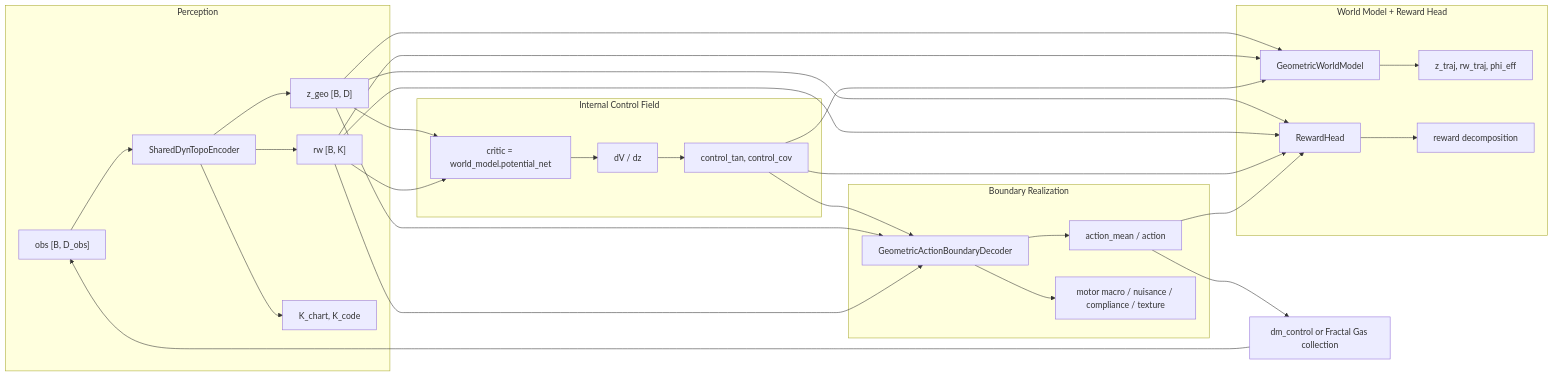
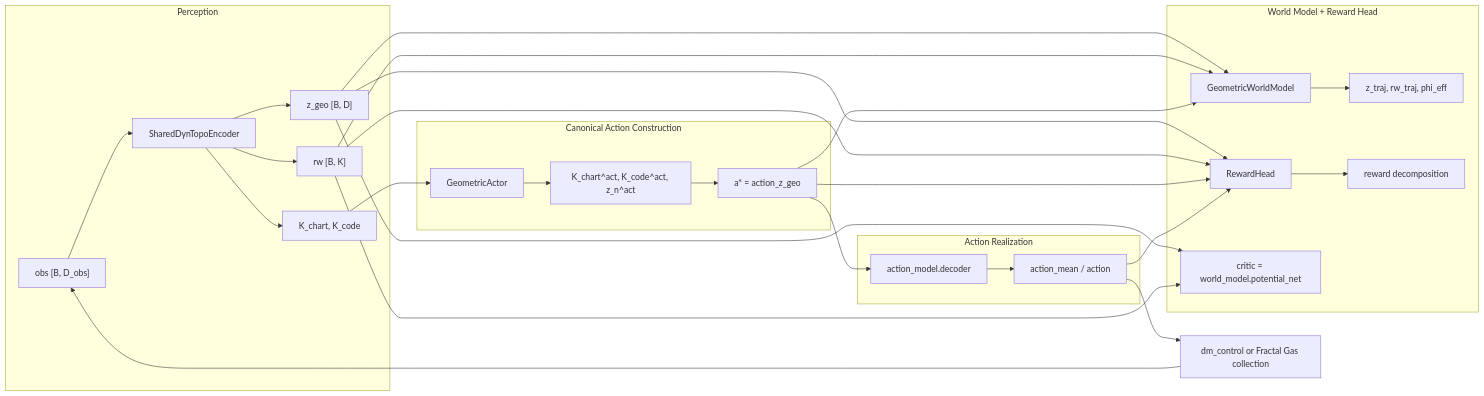
Before and after one commit to FragileTech/fragile: the diagram in docs/source/1_agent/11_implementation/03_dreamer.md, drawn with Mermaid. The commit also changed other lines of this file and 10 other files, not shown here.

First line of the commit message:
Align Dreamer with canonical action theory

````diff
--- a/docs/source/1_agent/11_implementation/03_dreamer.md
+++ b/docs/source/1_agent/11_implementation/03_dreamer.md
@@ -62,39 +63,37 @@
 ```{mermaid}
 flowchart LR
     subgraph Perception["Perception"]
         OBS["obs [B, D_obs]"] --> ENC["SharedDynTopoEncoder"]
         ENC --> Z["z_geo [B, D]"]
         ENC --> RW["rw [B, K]"]
         ENC --> K["K_chart, K_code"]
     end
 
-    subgraph Control["Internal Control Field"]
-        Z --> CRIT["critic = world_model.potential_net"]
-        RW --> CRIT
-        CRIT --> GRAD["dV / dz"]
-        GRAD --> CT["control_tan, control_cov"]
+    subgraph Action["Canonical Action Construction"]
+        K --> ACTOR["GeometricActor"]
+        ACTOR --> ASTRUCT["K_chart^act, K_code^act, z_n^act"]
+        ASTRUCT --> ACAN["a* = action_z_geo"]
     end
 
-    subgraph Boundary["Boundary Realization"]
-        CT --> DEC["GeometricActionBoundaryDecoder"]
-        Z --> DEC
-        RW --> DEC
-        DEC --> ACT["action_mean / action"]
-        DEC --> MBOUND["motor macro / nuisance / compliance / texture"]
+    subgraph Boundary["Action Realization"]
+        ACAN --> ADEC["action_model.decoder"]
+        ADEC --> ACT["action_mean / action"]
     end
 
     subgraph Imagination["World Model + Reward Head"]
         Z --> WM["GeometricWorldModel"]
         RW --> WM
-        CT --> WM
+        ACAN --> WM
         Z --> RH["RewardHead"]
         RW --> RH
-        CT --> RH
+        ACAN --> RH
         ACT --> RH
+        Z --> CRIT["critic = world_model.potential_net"]
+        RW --> CRIT
         WM --> ZT["z_traj, rw_traj, phi_eff"]
         RH --> RT["reward decomposition"]
     end
 
     ACT --> ENV["dm_control or Fractal Gas collection"]
     ENV --> OBS
 ```
````
